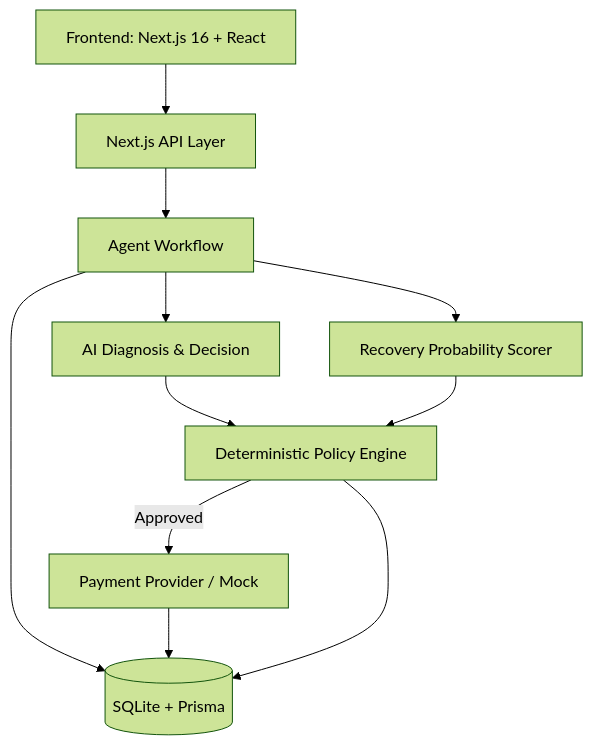
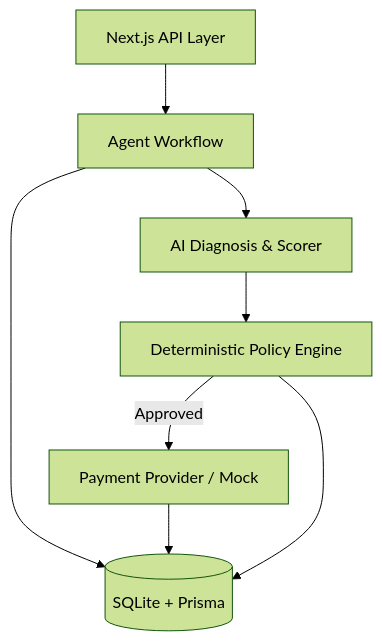
Before and after one commit to pranjal-jain-byte/revenue-rescue-ai: the diagram in README.md, drawn with Mermaid (forest theme). The commit also changed other lines of this file, not shown here.

````diff
--- a/README.md
+++ b/README.md
@@ -57,17 +23,10 @@
 ```mermaid
 graph TD
-    UI[Frontend: Next.js 16 + React] --> API[Next.js API Layer]
-    API --> Workflow[Agent Workflow]
-    
-    Workflow --> AI[AI Diagnosis & Decision]
-    Workflow --> Scorer[Recovery Probability Scorer]
-    
+    API[Next.js API Layer] --> Workflow[Agent Workflow]
+    Workflow --> AI[AI Diagnosis & Scorer]
     AI --> Policy[Deterministic Policy Engine]
-    Scorer --> Policy
-    
     Policy -->|Approved| Provider[Payment Provider / Mock]
-    
     Workflow --> DB[(SQLite + Prisma)]
     Provider --> DB
     Policy --> DB
 ```
````
